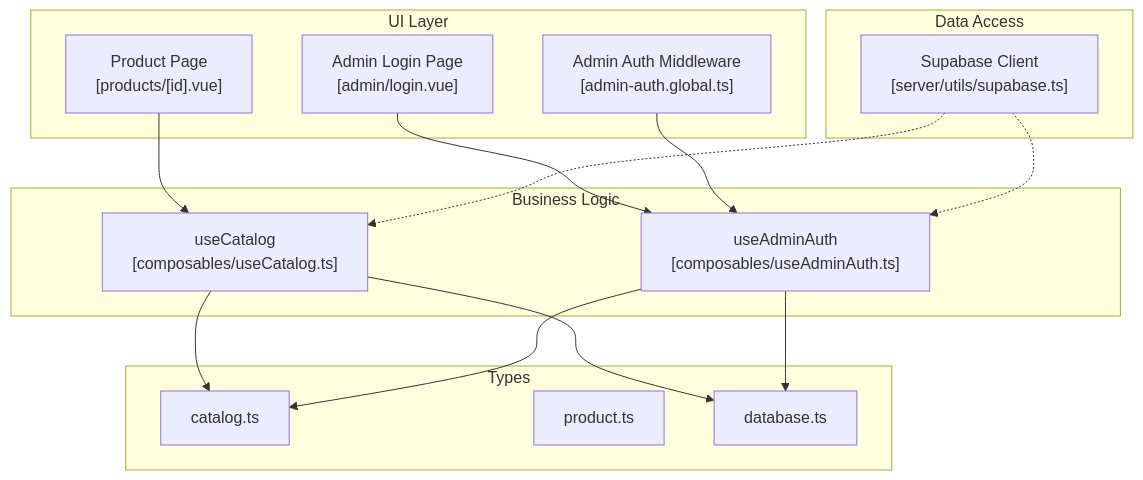
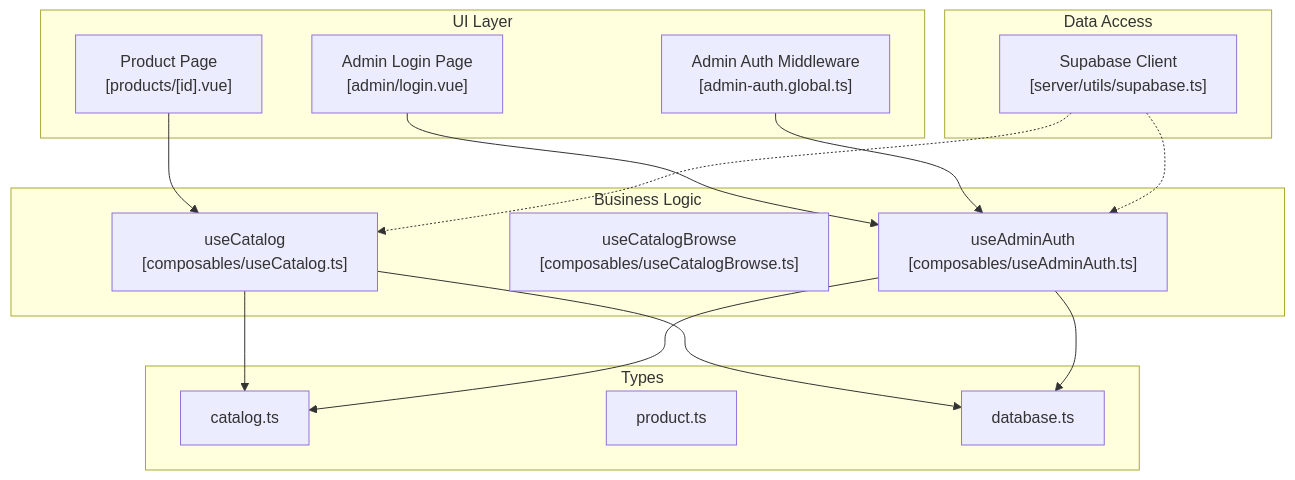
Before and after one commit to RaccoonPie-314/Raccoon-Gear-Bin: the first of 8 diagrams in .qoder/repowiki/en/content/Business Logic & Composables/Business Logic & Composables.md, drawn with Mermaid. The commit also changed other lines of this file and 51 other files, not shown here.

````diff
--- a/.qoder/repowiki/en/content/Business Logic & Composables/Business Logic & Composables.md
+++ b/.qoder/repowiki/en/content/Business Logic & Composables/Business Logic & Composables.md
@@ -47,29 +48,30 @@
 ```mermaid
 graph TB
 subgraph "UI Layer"
 ProductPage["Product Page<br/>[products/[id].vue]"]
 AdminLogin["Admin Login Page<br/>[admin/login.vue]"]
 AdminMiddleware["Admin Auth Middleware<br/>[admin-auth.global.ts]"]
 end
 subgraph "Business Logic"
 UseCatalog["useCatalog<br/>[composables/useCatalog.ts]"]
+UseCatalogBrowse["useCatalogBrowse<br/>[composables/useCatalogBrowse.ts]"]
 UseAdminAuth["useAdminAuth<br/>[composables/useAdminAuth.ts]"]
 end
 subgraph "Types"
 CatalogTypes["catalog.ts"]
 ProductTypes["product.ts"]
 DatabaseTypes["database.ts"]
 end
 subgraph "Data Access"
 SupabaseClient["Supabase Client<br/>[server/utils/supabase.ts]"]
 end
 ProductPage --> UseCatalog
 AdminLogin --> UseAdminAuth
 AdminMiddleware --> UseAdminAuth
 UseCatalog --> DatabaseTypes
 UseAdminAuth --> DatabaseTypes
 UseCatalog --> CatalogTypes
 UseAdminAuth --> CatalogTypes
 SupabaseClient -.-> UseCatalog
 SupabaseClient -.-> UseAdminAuth
 ```
````
